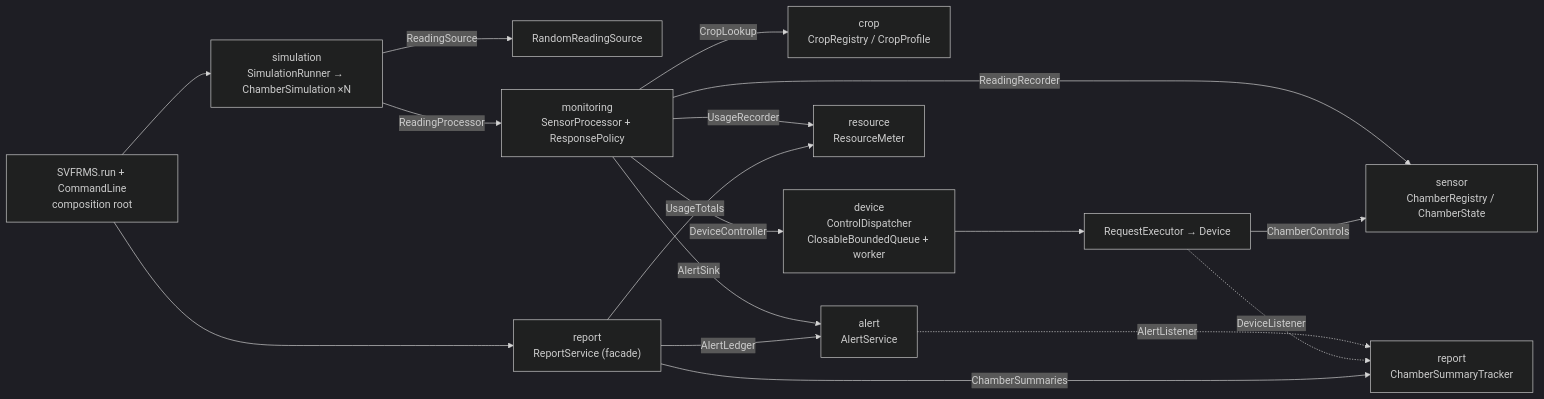
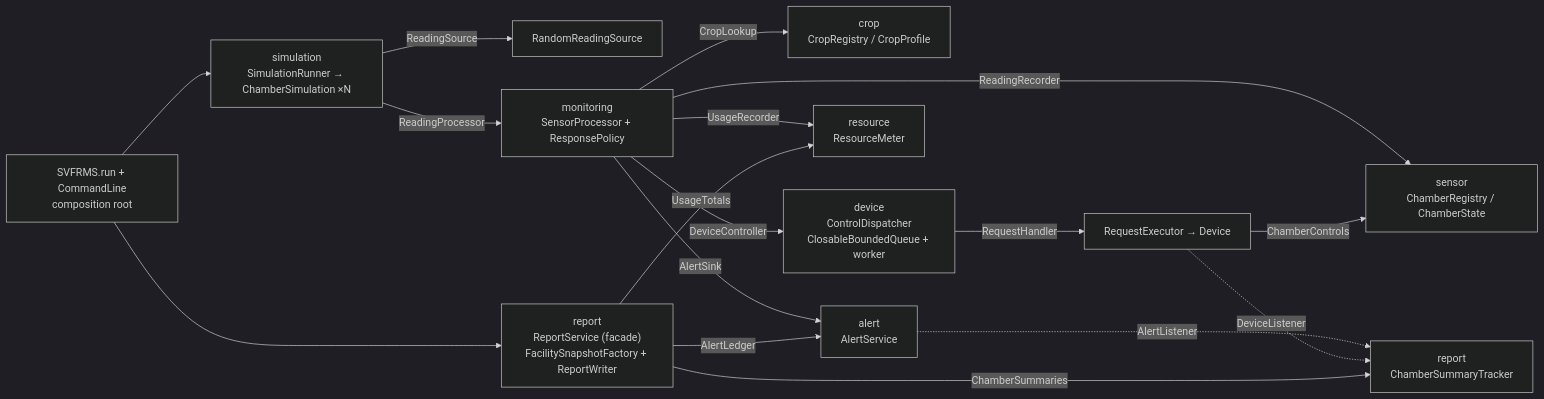
The first of 4 diagrams in README.md (jarenlimhaan/se301-svfrms), drawn with Mermaid (dark theme) before and after one commit. The commit also changed other lines of this file and 34 other files, not shown here.

````diff
--- a/README.md
+++ b/README.md
@@ -112,19 +112,19 @@
 ```mermaid
 flowchart LR
     Main["SVFRMS.run + CommandLine<br/>composition root"] --> Sim["simulation<br/>SimulationRunner → ChamberSimulation ×N"]
     Sim -->|ReadingSource| RS["RandomReadingSource"]
     Sim -->|ReadingProcessor| SP["monitoring<br/>SensorProcessor + ResponsePolicy"]
     SP -->|CropLookup| CR["crop<br/>CropRegistry / CropProfile"]
     SP -->|ReadingRecorder| CH["sensor<br/>ChamberRegistry / ChamberState"]
     SP -->|AlertSink| AS["alert<br/>AlertService"]
     SP -->|UsageRecorder| RM["resource<br/>ResourceMeter"]
     SP -->|DeviceController| CD["device<br/>ControlDispatcher<br/>ClosableBoundedQueue + worker"]
-    CD --> EX["RequestExecutor → Device"]
+    CD -->|RequestHandler| EX["RequestExecutor → Device"]
     EX -->|ChamberControls| CH
     AS -.AlertListener.-> CST["report<br/>ChamberSummaryTracker"]
     EX -.DeviceListener.-> CST
-    Main --> REP["report<br/>ReportService (facade)"]
+    Main --> REP["report<br/>ReportService (facade)<br/>FacilitySnapshotFactory + ReportWriter"]
     REP -->|AlertLedger| AS
     REP -->|UsageTotals| RM
     REP -->|ChamberSummaries| CST
 ```
````
